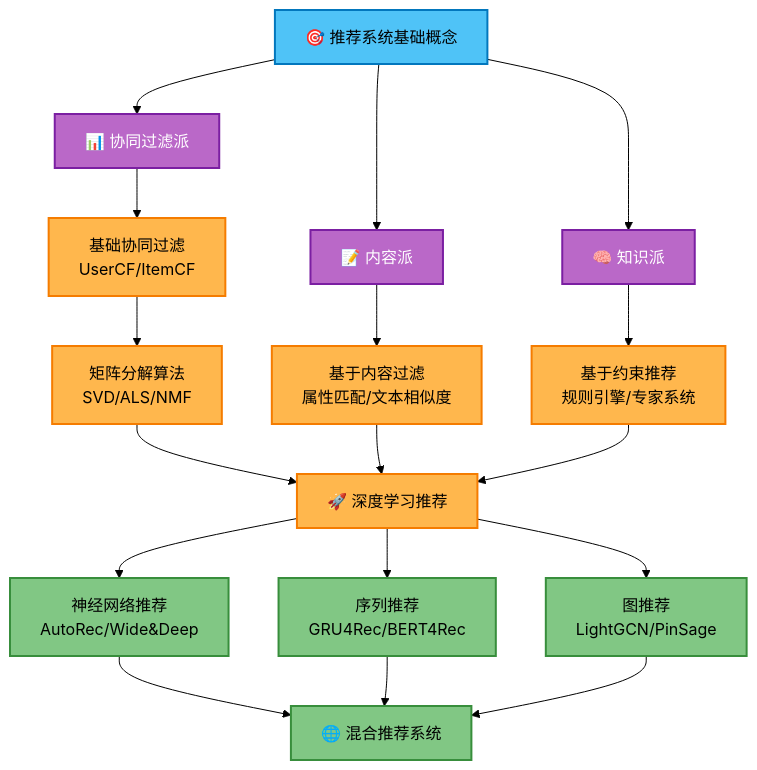
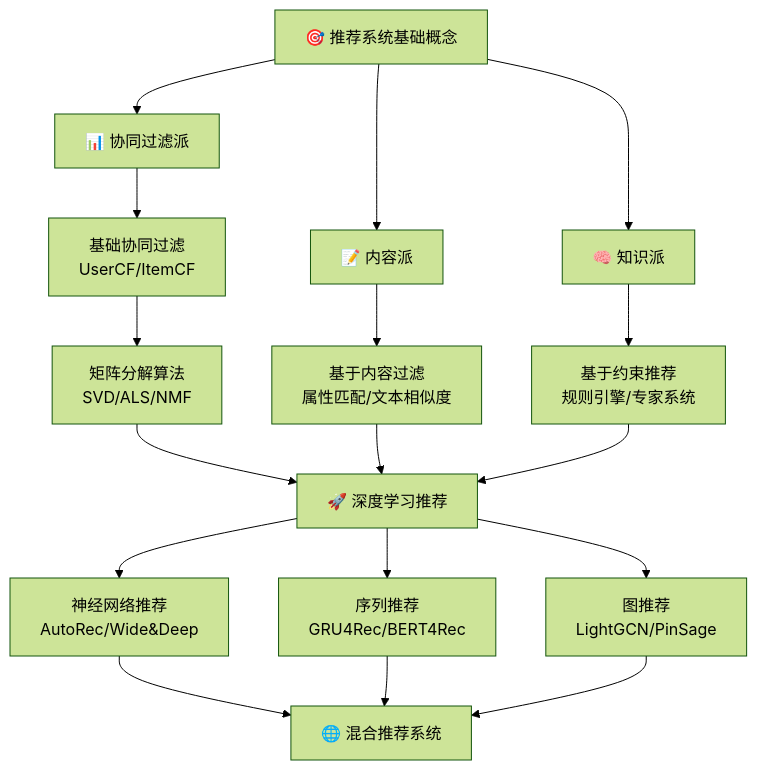
Before and after one commit to 1985312383/search-rec-ads-cosmos-explorer: the second of 2 diagrams in docs/zh/3.第三章：推荐算法--比你更懂你的贴心小棉袄/1.推荐算法的门派/1.intro.md, drawn with Mermaid (forest theme). The commit also changed 4 other files, not shown here.

````diff
--- a/docs/zh/3.第三章：推荐算法--比你更懂你的贴心小棉袄/1.推荐算法的门派/1.intro.md
+++ b/docs/zh/3.第三章：推荐算法--比你更懂你的贴心小棉袄/1.推荐算法的门派/1.intro.md
@@ -217,45 +217,35 @@
 ```mermaid
 flowchart TD
     %% 基础层
     A[🎯 推荐系统基础概念]
     
     %% 三大基础门派
     A --> B[📊 协同过滤派]
-    A --> C[📝 内容派] 
+    A --> C[📝 内容派]
     A --> D[🧠 知识派]
     
     %% 协同过滤分支
     B --> B1[基础协同过滤<br/>UserCF/ItemCF]
     B1 --> B2[矩阵分解算法<br/>SVD/ALS/NMF]
     
     %% 内容派分支
     C --> C1[基于内容过滤<br/>属性匹配/文本相似度]
     
     %% 知识派分支  
     D --> D1[基于约束推荐<br/>规则引擎/专家系统]
     
     %% 高级算法层
     B2 --> E[🚀 深度学习推荐]
     C1 --> E
     D1 --> E
     
     E --> E1[神经网络推荐<br/>AutoRec/Wide&Deep]
-    E --> E2[序列推荐<br/>GRU4Rec/BERT4Rec]  
+    E --> E2[序列推荐<br/>GRU4Rec/BERT4Rec]
     E --> E3[图推荐<br/>LightGCN/PinSage]
-    
+
     %% 最终融合
     E1 --> F[🌐 混合推荐系统]
     E2 --> F
     E3 --> F
-    
-    %% 样式设置 - 明暗模式兼容
-    classDef baseLevel fill:#4fc3f7,stroke:#0277bd,stroke-width:2px,color:#000
-    classDef middleLevel fill:#ba68c8,stroke:#7b1fa2,stroke-width:2px,color:#fff  
-    classDef advancedLevel fill:#ffb74d,stroke:#f57c00,stroke-width:2px,color:#000
-    classDef finalLevel fill:#81c784,stroke:#388e3c,stroke-width:2px,color:#000
-    
-    class A baseLevel
-    class B,C,D middleLevel
-    class B1,B2,C1,D1,E advancedLevel
-    class E1,E2,E3,F finalLevel
+
 ```
````
